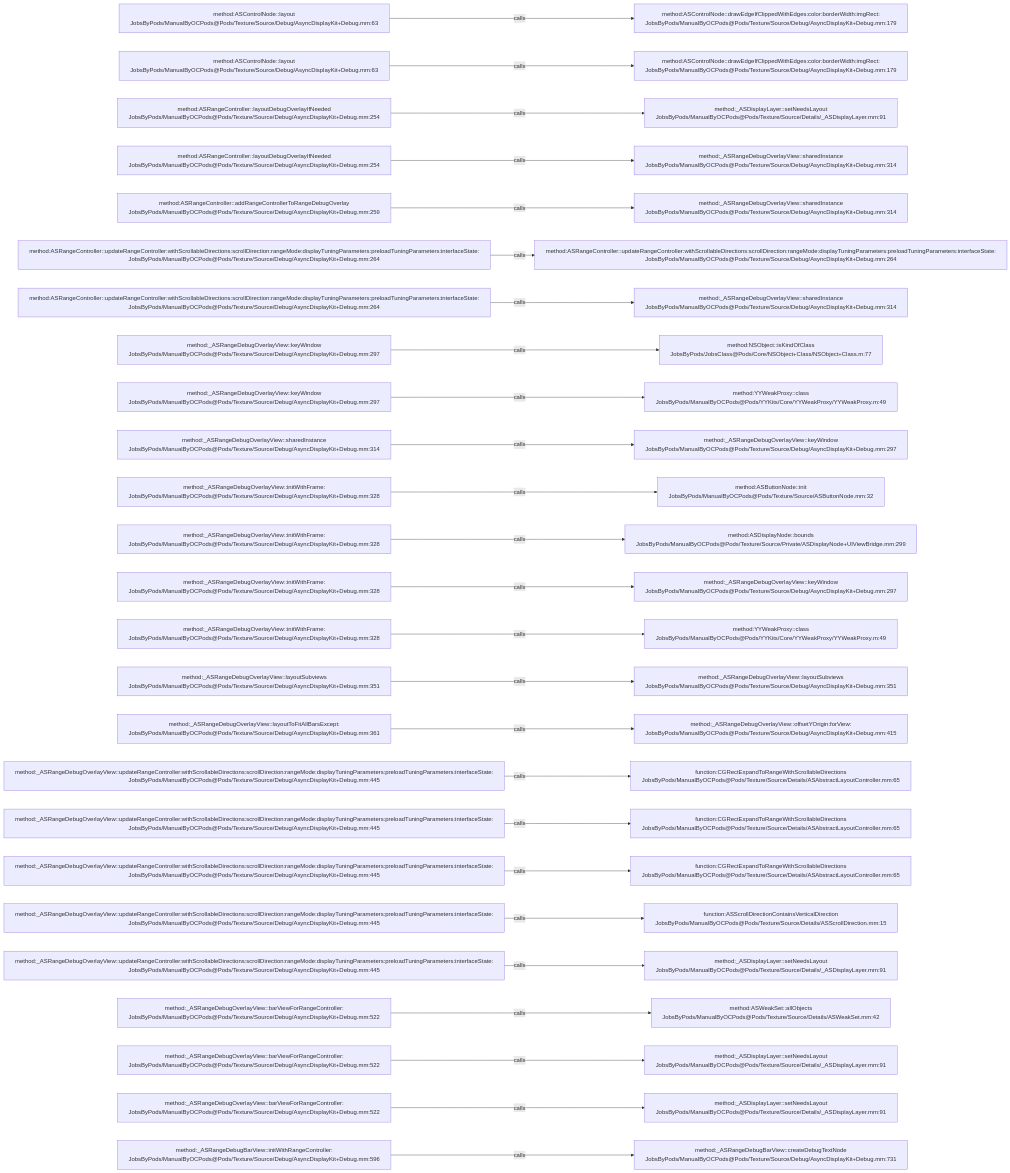
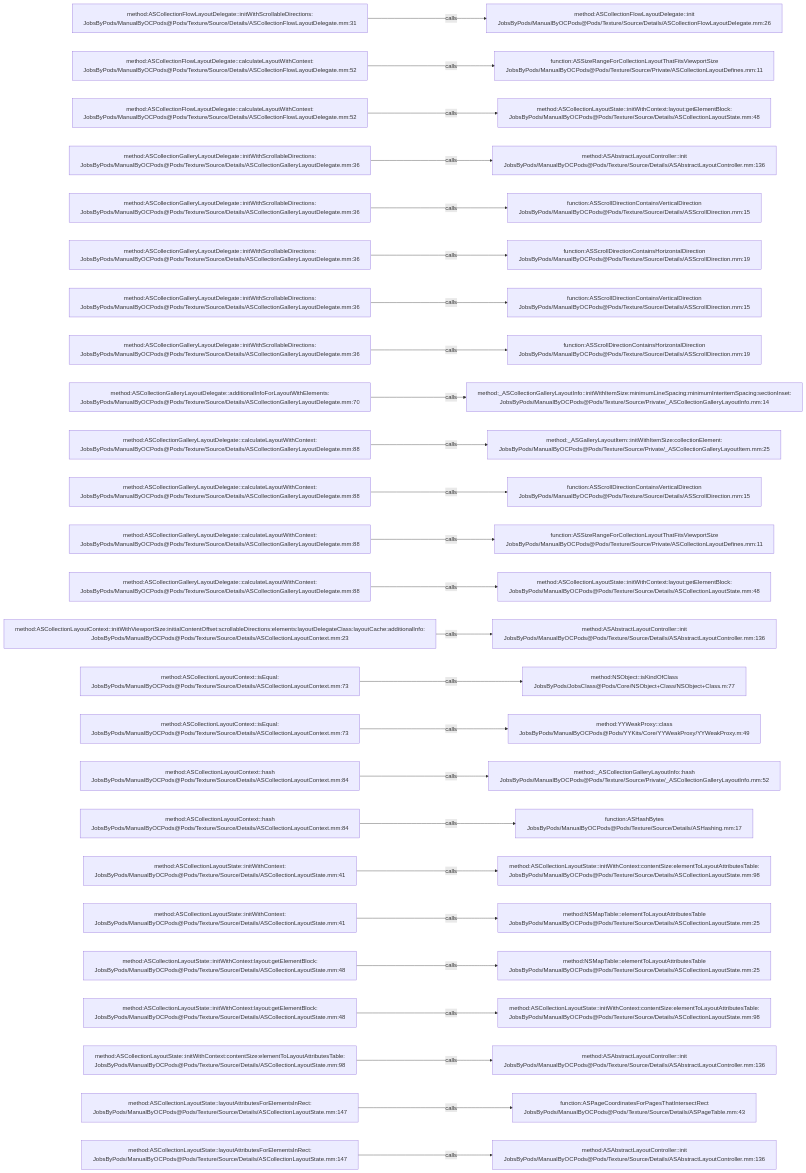
The diagram in .codegraph/codegraph.md/graphs/calls-150.md (JobsKits/JobsOCBaseConfigDemo), drawn with Mermaid before and after one commit. The commit also changed 1353 other files, not shown here.

````diff
--- a/.codegraph/codegraph.md/graphs/calls-150.md
+++ b/.codegraph/codegraph.md/graphs/calls-150.md
@@ -13,78 +13,78 @@
 ```mermaid
 flowchart LR
-  S1["method:ASControlNode::layout<br/>JobsByPods/ManualByOCPods@Pods/Texture/Source/Debug/AsyncDisplayKit+Debug.mm:63"]
-  T1["method:ASControlNode::drawEdgeIfClippedWithEdges:color:borderWidth:imgRect:<br/>JobsByPods/ManualByOCPods@Pods/Texture/Source/Debug/AsyncDisplayKit+Debug.mm:179"]
+  S1["method:ASCollectionFlowLayoutDelegate::initWithScrollableDirections:<br/>JobsByPods/ManualByOCPods@Pods/Texture/Source/Details/ASCollectionFlowLayoutDelegate.mm:31"]
+  T1["method:ASCollectionFlowLayoutDelegate::init<br/>JobsByPods/ManualByOCPods@Pods/Texture/Source/Details/ASCollectionFlowLayoutDelegate.mm:26"]
   S1 -->|calls| T1
-  S2["method:ASControlNode::layout<br/>JobsByPods/ManualByOCPods@Pods/Texture/Source/Debug/AsyncDisplayKit+Debug.mm:63"]
-  T2["method:ASControlNode::drawEdgeIfClippedWithEdges:color:borderWidth:imgRect:<br/>JobsByPods/ManualByOCPods@Pods/Texture/Source/Debug/AsyncDisplayKit+Debug.mm:179"]
+  S2["method:ASCollectionFlowLayoutDelegate::calculateLayoutWithContext:<br/>JobsByPods/ManualByOCPods@Pods/Texture/Source/Details/ASCollectionFlowLayoutDelegate.mm:52"]
+  T2["function:ASSizeRangeForCollectionLayoutThatFitsViewportSize<br/>JobsByPods/ManualByOCPods@Pods/Texture/Source/Private/ASCollectionLayoutDefines.mm:11"]
   S2 -->|calls| T2
-  S3["method:ASRangeController::layoutDebugOverlayIfNeeded<br/>JobsByPods/ManualByOCPods@Pods/Texture/Source/Debug/AsyncDisplayKit+Debug.mm:254"]
-  T3["method:_ASDisplayLayer::setNeedsLayout<br/>JobsByPods/ManualByOCPods@Pods/Texture/Source/Details/_ASDisplayLayer.mm:91"]
+  S3["method:ASCollectionFlowLayoutDelegate::calculateLayoutWithContext:<br/>JobsByPods/ManualByOCPods@Pods/Texture/Source/Details/ASCollectionFlowLayoutDelegate.mm:52"]
+  T3["method:ASCollectionLayoutState::initWithContext:layout:getElementBlock:<br/>JobsByPods/ManualByOCPods@Pods/Texture/Source/Details/ASCollectionLayoutState.mm:48"]
   S3 -->|calls| T3
-  S4["method:ASRangeController::layoutDebugOverlayIfNeeded<br/>JobsByPods/ManualByOCPods@Pods/Texture/Source/Debug/AsyncDisplayKit+Debug.mm:254"]
-  T4["method:_ASRangeDebugOverlayView::sharedInstance<br/>JobsByPods/ManualByOCPods@Pods/Texture/Source/Debug/AsyncDisplayKit+Debug.mm:314"]
+  S4["method:ASCollectionGalleryLayoutDelegate::initWithScrollableDirections:<br/>JobsByPods/ManualByOCPods@Pods/Texture/Source/Details/ASCollectionGalleryLayoutDelegate.mm:36"]
+  T4["method:ASAbstractLayoutController::init<br/>JobsByPods/ManualByOCPods@Pods/Texture/Source/Details/ASAbstractLayoutController.mm:136"]
   S4 -->|calls| T4
-  S5["method:ASRangeController::addRangeControllerToRangeDebugOverlay<br/>JobsByPods/ManualByOCPods@Pods/Texture/Source/Debug/AsyncDisplayKit+Debug.mm:259"]
-  T5["method:_ASRangeDebugOverlayView::sharedInstance<br/>JobsByPods/ManualByOCPods@Pods/Texture/Source/Debug/AsyncDisplayKit+Debug.mm:314"]
+  S5["method:ASCollectionGalleryLayoutDelegate::initWithScrollableDirections:<br/>JobsByPods/ManualByOCPods@Pods/Texture/Source/Details/ASCollectionGalleryLayoutDelegate.mm:36"]
+  T5["function:ASScrollDirectionContainsVerticalDirection<br/>JobsByPods/ManualByOCPods@Pods/Texture/Source/Details/ASScrollDirection.mm:15"]
   S5 -->|calls| T5
-  S6["method:ASRangeController::updateRangeController:withScrollableDirections:scrollDirection:rangeMode:displayTuningParameters:preloadTuningParameters:interfaceState:<br/>JobsByPods/ManualByOCPods@Pods/Texture/Source/Debug/AsyncDisplayKit+Debug.mm:264"]
-  T6["method:ASRangeController::updateRangeController:withScrollableDirections:scrollDirection:rangeMode:displayTuningParameters:preloadTuningParameters:interfaceState:<br/>JobsByPods/ManualByOCPods@Pods/Texture/Source/Debug/AsyncDisplayKit+Debug.mm:264"]
+  S6["method:ASCollectionGalleryLayoutDelegate::initWithScrollableDirections:<br/>JobsByPods/ManualByOCPods@Pods/Texture/Source/Details/ASCollectionGalleryLayoutDelegate.mm:36"]
+  T6["function:ASScrollDirectionContainsHorizontalDirection<br/>JobsByPods/ManualByOCPods@Pods/Texture/Source/Details/ASScrollDirection.mm:19"]
   S6 -->|calls| T6
-  S7["method:ASRangeController::updateRangeController:withScrollableDirections:scrollDirection:rangeMode:displayTuningParameters:preloadTuningParameters:interfaceState:<br/>JobsByPods/ManualByOCPods@Pods/Texture/Source/Debug/AsyncDisplayKit+Debug.mm:264"]
-  T7["method:_ASRangeDebugOverlayView::sharedInstance<br/>JobsByPods/ManualByOCPods@Pods/Texture/Source/Debug/AsyncDisplayKit+Debug.mm:314"]
+  S7["method:ASCollectionGalleryLayoutDelegate::initWithScrollableDirections:<br/>JobsByPods/ManualByOCPods@Pods/Texture/Source/Details/ASCollectionGalleryLayoutDelegate.mm:36"]
+  T7["function:ASScrollDirectionContainsVerticalDirection<br/>JobsByPods/ManualByOCPods@Pods/Texture/Source/Details/ASScrollDirection.mm:15"]
   S7 -->|calls| T7
-  S8["method:_ASRangeDebugOverlayView::keyWindow<br/>JobsByPods/ManualByOCPods@Pods/Texture/Source/Debug/AsyncDisplayKit+Debug.mm:297"]
-  T8["method:NSObject::isKindOfClass<br/>JobsByPods/JobsClass@Pods/Core/NSObject+Class/NSObject+Class.m:77"]
+  S8["method:ASCollectionGalleryLayoutDelegate::initWithScrollableDirections:<br/>JobsByPods/ManualByOCPods@Pods/Texture/Source/Details/ASCollectionGalleryLayoutDelegate.mm:36"]
+  T8["function:ASScrollDirectionContainsHorizontalDirection<br/>JobsByPods/ManualByOCPods@Pods/Texture/Source/Details/ASScrollDirection.mm:19"]
   S8 -->|calls| T8
-  S9["method:_ASRangeDebugOverlayView::keyWindow<br/>JobsByPods/ManualByOCPods@Pods/Texture/Source/Debug/AsyncDisplayKit+Debug.mm:297"]
-  T9["method:YYWeakProxy::class<br/>JobsByPods/ManualByOCPods@Pods/YYKits/Core/YYWeakProxy/YYWeakProxy.m:49"]
+  S9["method:ASCollectionGalleryLayoutDelegate::additionalInfoForLayoutWithElements:<br/>JobsByPods/ManualByOCPods@Pods/Texture/Source/Details/ASCollectionGalleryLayoutDelegate.mm:70"]
+  T9["method:_ASCollectionGalleryLayoutInfo::initWithItemSize:minimumLineSpacing:minimumInteritemSpacing:sectionInset:<br/>JobsByPods/ManualByOCPods@Pods/Texture/Source/Private/_ASCollectionGalleryLayoutInfo.mm:14"]
   S9 -->|calls| T9
-  S10["method:_ASRangeDebugOverlayView::sharedInstance<br/>JobsByPods/ManualByOCPods@Pods/Texture/Source/Debug/AsyncDisplayKit+Debug.mm:314"]
-  T10["method:_ASRangeDebugOverlayView::keyWindow<br/>JobsByPods/ManualByOCPods@Pods/Texture/Source/Debug/AsyncDisplayKit+Debug.mm:297"]
+  S10["method:ASCollectionGalleryLayoutDelegate::calculateLayoutWithContext:<br/>JobsByPods/ManualByOCPods@Pods/Texture/Source/Details/ASCollectionGalleryLayoutDelegate.mm:88"]
+  T10["method:_ASGalleryLayoutItem::initWithItemSize:collectionElement:<br/>JobsByPods/ManualByOCPods@Pods/Texture/Source/Private/_ASCollectionGalleryLayoutItem.mm:25"]
   S10 -->|calls| T10
-  S11["method:_ASRangeDebugOverlayView::initWithFrame:<br/>JobsByPods/ManualByOCPods@Pods/Texture/Source/Debug/AsyncDisplayKit+Debug.mm:328"]
-  T11["method:ASButtonNode::init<br/>JobsByPods/ManualByOCPods@Pods/Texture/Source/ASButtonNode.mm:32"]
+  S11["method:ASCollectionGalleryLayoutDelegate::calculateLayoutWithContext:<br/>JobsByPods/ManualByOCPods@Pods/Texture/Source/Details/ASCollectionGalleryLayoutDelegate.mm:88"]
+  T11["function:ASScrollDirectionContainsVerticalDirection<br/>JobsByPods/ManualByOCPods@Pods/Texture/Source/Details/ASScrollDirection.mm:15"]
   S11 -->|calls| T11
-  S12["method:_ASRangeDebugOverlayView::initWithFrame:<br/>JobsByPods/ManualByOCPods@Pods/Texture/Source/Debug/AsyncDisplayKit+Debug.mm:328"]
-  T12["method:ASDisplayNode::bounds<br/>JobsByPods/ManualByOCPods@Pods/Texture/Source/Private/ASDisplayNode+UIViewBridge.mm:299"]
+  S12["method:ASCollectionGalleryLayoutDelegate::calculateLayoutWithContext:<br/>JobsByPods/ManualByOCPods@Pods/Texture/Source/Details/ASCollectionGalleryLayoutDelegate.mm:88"]
+  T12["function:ASSizeRangeForCollectionLayoutThatFitsViewportSize<br/>JobsByPods/ManualByOCPods@Pods/Texture/Source/Private/ASCollectionLayoutDefines.mm:11"]
   S12 -->|calls| T12
-  S13["method:_ASRangeDebugOverlayView::initWithFrame:<br/>JobsByPods/ManualByOCPods@Pods/Texture/Source/Debug/AsyncDisplayKit+Debug.mm:328"]
-  T13["method:_ASRangeDebugOverlayView::keyWindow<br/>JobsByPods/ManualByOCPods@Pods/Texture/Source/Debug/AsyncDisplayKit+Debug.mm:297"]
+  S13["method:ASCollectionGalleryLayoutDelegate::calculateLayoutWithContext:<br/>JobsByPods/ManualByOCPods@Pods/Texture/Source/Details/ASCollectionGalleryLayoutDelegate.mm:88"]
+  T13["method:ASCollectionLayoutState::initWithContext:layout:getElementBlock:<br/>JobsByPods/ManualByOCPods@Pods/Texture/Source/Details/ASCollectionLayoutState.mm:48"]
   S13 -->|calls| T13
-  S14["method:_ASRangeDebugOverlayView::initWithFrame:<br/>JobsByPods/ManualByOCPods@Pods/Texture/Source/Debug/AsyncDisplayKit+Debug.mm:328"]
-  T14["method:YYWeakProxy::class<br/>JobsByPods/ManualByOCPods@Pods/YYKits/Core/YYWeakProxy/YYWeakProxy.m:49"]
+  S14["method:ASCollectionLayoutContext::initWithViewportSize:initialContentOffset:scrollableDirections:elements:layoutDelegateClass:layoutCache:additionalInfo:<br/>JobsByPods/ManualByOCPods@Pods/Texture/Source/Details/ASCollectionLayoutContext.mm:23"]
+  T14["method:ASAbstractLayoutController::init<br/>JobsByPods/ManualByOCPods@Pods/Texture/Source/Details/ASAbstractLayoutController.mm:136"]
   S14 -->|calls| T14
-  S15["method:_ASRangeDebugOverlayView::layoutSubviews<br/>JobsByPods/ManualByOCPods@Pods/Texture/Source/Debug/AsyncDisplayKit+Debug.mm:351"]
-  T15["method:_ASRangeDebugOverlayView::layoutSubviews<br/>JobsByPods/ManualByOCPods@Pods/Texture/Source/Debug/AsyncDisplayKit+Debug.mm:351"]
+  S15["method:ASCollectionLayoutContext::isEqual:<br/>JobsByPods/ManualByOCPods@Pods/Texture/Source/Details/ASCollectionLayoutContext.mm:73"]
+  T15["method:NSObject::isKindOfClass<br/>JobsByPods/JobsClass@Pods/Core/NSObject+Class/NSObject+Class.m:77"]
   S15 -->|calls| T15
-  S16["method:_ASRangeDebugOverlayView::layoutToFitAllBarsExcept:<br/>JobsByPods/ManualByOCPods@Pods/Texture/Source/Debug/AsyncDisplayKit+Debug.mm:361"]
-  T16["method:_ASRangeDebugOverlayView::offsetYOrigin:forView:<br/>JobsByPods/ManualByOCPods@Pods/Texture/Source/Debug/AsyncDisplayKit+Debug.mm:415"]
+  S16["method:ASCollectionLayoutContext::isEqual:<br/>JobsByPods/ManualByOCPods@Pods/Texture/Source/Details/ASCollectionLayoutContext.mm:73"]
+  T16["method:YYWeakProxy::class<br/>JobsByPods/ManualByOCPods@Pods/YYKits/Core/YYWeakProxy/YYWeakProxy.m:49"]
   S16 -->|calls| T16
-  S17["method:_ASRangeDebugOverlayView::updateRangeController:withScrollableDirections:scrollDirection:rangeMode:displayTuningParameters:preloadTuningParameters:interfaceState:<br/>JobsByPods/ManualByOCPods@Pods/Texture/Source/Debug/AsyncDisplayKit+Debug.mm:445"]
-  T17["function:CGRectExpandToRangeWithScrollableDirections<br/>JobsByPods/ManualByOCPods@Pods/Texture/Source/Details/ASAbstractLayoutController.mm:65"]
+  S17["method:ASCollectionLayoutContext::hash<br/>JobsByPods/ManualByOCPods@Pods/Texture/Source/Details/ASCollectionLayoutContext.mm:84"]
+  T17["method:_ASCollectionGalleryLayoutInfo::hash<br/>JobsByPods/ManualByOCPods@Pods/Texture/Source/Private/_ASCollectionGalleryLayoutInfo.mm:52"]
   S17 -->|calls| T17
-  S18["method:_ASRangeDebugOverlayView::updateRangeController:withScrollableDirections:scrollDirection:rangeMode:displayTuningParameters:preloadTuningParameters:interfaceState:<br/>JobsByPods/ManualByOCPods@Pods/Texture/Source/Debug/AsyncDisplayKit+Debug.mm:445"]
-  T18["function:CGRectExpandToRangeWithScrollableDirections<br/>JobsByPods/ManualByOCPods@Pods/Texture/Source/Details/ASAbstractLayoutController.mm:65"]
+  S18["method:ASCollectionLayoutContext::hash<br/>JobsByPods/ManualByOCPods@Pods/Texture/Source/Details/ASCollectionLayoutContext.mm:84"]
+  T18["function:ASHashBytes<br/>JobsByPods/ManualByOCPods@Pods/Texture/Source/Details/ASHashing.mm:17"]
   S18 -->|calls| T18
-  S19["method:_ASRangeDebugOverlayView::updateRangeController:withScrollableDirections:scrollDirection:rangeMode:displayTuningParameters:preloadTuningParameters:interfaceState:<br/>JobsByPods/ManualByOCPods@Pods/Texture/Source/Debug/AsyncDisplayKit+Debug.mm:445"]
-  T19["function:CGRectExpandToRangeWithScrollableDirections<br/>JobsByPods/ManualByOCPods@Pods/Texture/Source/Details/ASAbstractLayoutController.mm:65"]
+  S19["method:ASCollectionLayoutState::initWithContext:<br/>JobsByPods/ManualByOCPods@Pods/Texture/Source/Details/ASCollectionLayoutState.mm:41"]
+  T19["method:ASCollectionLayoutState::initWithContext:contentSize:elementToLayoutAttributesTable:<br/>JobsByPods/ManualByOCPods@Pods/Texture/Source/Details/ASCollectionLayoutState.mm:98"]
   S19 -->|calls| T19
-  S20["method:_ASRangeDebugOverlayView::updateRangeController:withScrollableDirections:scrollDirection:rangeMode:displayTuningParameters:preloadTuningParameters:interfaceState:<br/>JobsByPods/ManualByOCPods@Pods/Texture/Source/Debug/AsyncDisplayKit+Debug.mm:445"]
-  T20["function:ASScrollDirectionContainsVerticalDirection<br/>JobsByPods/ManualByOCPods@Pods/Texture/Source/Details/ASScrollDirection.mm:15"]
+  S20["method:ASCollectionLayoutState::initWithContext:<br/>JobsByPods/ManualByOCPods@Pods/Texture/Source/Details/ASCollectionLayoutState.mm:41"]
+  T20["method:NSMapTable::elementToLayoutAttributesTable<br/>JobsByPods/ManualByOCPods@Pods/Texture/Source/Details/ASCollectionLayoutState.mm:25"]
   S20 -->|calls| T20
-  S21["method:_ASRangeDebugOverlayView::updateRangeController:withScrollableDirections:scrollDirection:rangeMode:displayTuningParameters:preloadTuningParameters:interfaceState:<br/>JobsByPods/ManualByOCPods@Pods/Texture/Source/Debug/AsyncDisplayKit+Debug.mm:445"]
-  T21["method:_ASDisplayLayer::setNeedsLayout<br/>JobsByPods/ManualByOCPods@Pods/Texture/Source/Details/_ASDisplayLayer.mm:91"]
+  S21["method:ASCollectionLayoutState::initWithContext:layout:getElementBlock:<br/>JobsByPods/ManualByOCPods@Pods/Texture/Source/Details/ASCollectionLayoutState.mm:48"]
+  T21["method:NSMapTable::elementToLayoutAttributesTable<br/>JobsByPods/ManualByOCPods@Pods/Texture/Source/Details/ASCollectionLayoutState.mm:25"]
   S21 -->|calls| T21
-  S22["method:_ASRangeDebugOverlayView::barViewForRangeController:<br/>JobsByPods/ManualByOCPods@Pods/Texture/Source/Debug/AsyncDisplayKit+Debug.mm:522"]
-  T22["method:ASWeakSet::allObjects<br/>JobsByPods/ManualByOCPods@Pods/Texture/Source/Details/ASWeakSet.mm:42"]
+  S22["method:ASCollectionLayoutState::initWithContext:layout:getElementBlock:<br/>JobsByPods/ManualByOCPods@Pods/Texture/Source/Details/ASCollectionLayoutState.mm:48"]
+  T22["method:ASCollectionLayoutState::initWithContext:contentSize:elementToLayoutAttributesTable:<br/>JobsByPods/ManualByOCPods@Pods/Texture/Source/Details/ASCollectionLayoutState.mm:98"]
   S22 -->|calls| T22
-  S23["method:_ASRangeDebugOverlayView::barViewForRangeController:<br/>JobsByPods/ManualByOCPods@Pods/Texture/Source/Debug/AsyncDisplayKit+Debug.mm:522"]
-  T23["method:_ASDisplayLayer::setNeedsLayout<br/>JobsByPods/ManualByOCPods@Pods/Texture/Source/Details/_ASDisplayLayer.mm:91"]
+  S23["method:ASCollectionLayoutState::initWithContext:contentSize:elementToLayoutAttributesTable:<br/>JobsByPods/ManualByOCPods@Pods/Texture/Source/Details/ASCollectionLayoutState.mm:98"]
+  T23["method:ASAbstractLayoutController::init<br/>JobsByPods/ManualByOCPods@Pods/Texture/Source/Details/ASAbstractLayoutController.mm:136"]
   S23 -->|calls| T23
-  S24["method:_ASRangeDebugOverlayView::barViewForRangeController:<br/>JobsByPods/ManualByOCPods@Pods/Texture/Source/Debug/AsyncDisplayKit+Debug.mm:522"]
-  T24["method:_ASDisplayLayer::setNeedsLayout<br/>JobsByPods/ManualByOCPods@Pods/Texture/Source/Details/_ASDisplayLayer.mm:91"]
+  S24["method:ASCollectionLayoutState::layoutAttributesForElementsInRect:<br/>JobsByPods/ManualByOCPods@Pods/Texture/Source/Details/ASCollectionLayoutState.mm:147"]
+  T24["function:ASPageCoordinatesForPagesThatIntersectRect<br/>JobsByPods/ManualByOCPods@Pods/Texture/Source/Details/ASPageTable.mm:43"]
   S24 -->|calls| T24
-  S25["method:_ASRangeDebugBarView::initWithRangeController:<br/>JobsByPods/ManualByOCPods@Pods/Texture/Source/Debug/AsyncDisplayKit+Debug.mm:596"]
-  T25["method:_ASRangeDebugBarView::createDebugTextNode<br/>JobsByPods/ManualByOCPods@Pods/Texture/Source/Debug/AsyncDisplayKit+Debug.mm:731"]
+  S25["method:ASCollectionLayoutState::layoutAttributesForElementsInRect:<br/>JobsByPods/ManualByOCPods@Pods/Texture/Source/Details/ASCollectionLayoutState.mm:147"]
+  T25["method:ASAbstractLayoutController::init<br/>JobsByPods/ManualByOCPods@Pods/Texture/Source/Details/ASAbstractLayoutController.mm:136"]
   S25 -->|calls| T25
 ```
````
